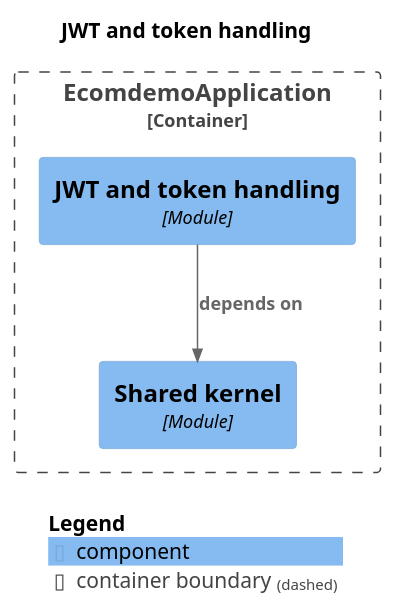
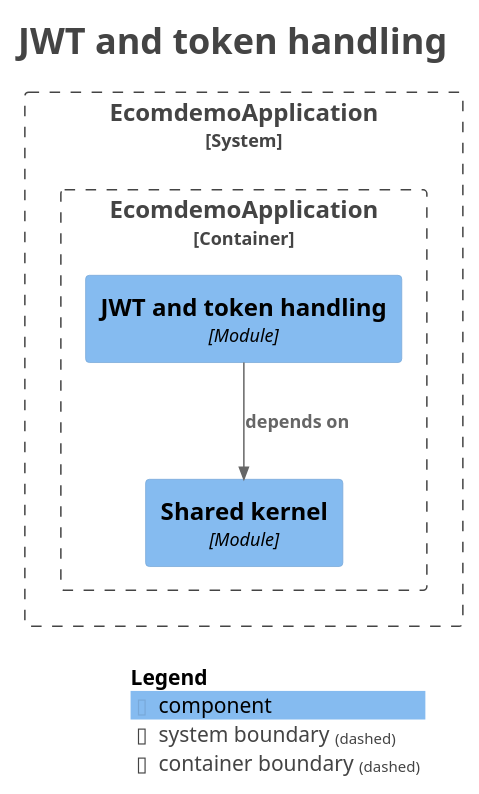
The diagram in docs/modules/module-jwt.puml (mr-sujay-patil/ecomdemo), drawn with PlantUML before and after one commit. The commit also changed 17 other files, not shown here.

```diff
--- a/docs/modules/module-jwt.puml
+++ b/docs/modules/module-jwt.puml
@@ -1,19 +1,30 @@
 @startuml
+title <size:24>JWT and token handling</size>
+
 set separator none
-title JWT and token handling
+top to bottom direction
 
-top to bottom direction
+<style>
+  root {
+    BackgroundColor: #ffffff
+    FontColor: #444444
+  }
+</style>
 
 !include <C4/C4>
 !include <C4/C4_Context>
 !include <C4/C4_Component>
 
-Container_Boundary("EcomdemoApplication.EcomdemoApplication_boundary", "EcomdemoApplication", $tags="") {
-  Component(EcomdemoApplication.EcomdemoApplication.Sharedkernel, "Shared kernel", $techn="Module", $descr="", $tags="", $link="")
-  Component(EcomdemoApplication.EcomdemoApplication.JWTandtokenhandling, "JWT and token handling", $techn="Module", $descr="", $tags="", $link="")
+System_Boundary("EcomdemoApplication_boundary", "EcomdemoApplication", $tags="") {
+  Container_Boundary("EcomdemoApplication.EcomdemoApplication_boundary", "EcomdemoApplication", $tags="") {
+    Component(EcomdemoApplication.EcomdemoApplication.Sharedkernel, "Shared kernel", $techn="Module", $descr="", $tags="", $link="")
+    Component(EcomdemoApplication.EcomdemoApplication.JWTandtokenhandling, "JWT and token handling", $techn="Module", $descr="", $tags="", $link="")
+  }
+
 }
 
 Rel(EcomdemoApplication.EcomdemoApplication.JWTandtokenhandling, EcomdemoApplication.EcomdemoApplication.Sharedkernel, "depends on", $techn="", $tags="", $link="")
 
 SHOW_LEGEND(true)
+hide stereotypes
 @enduml
```
